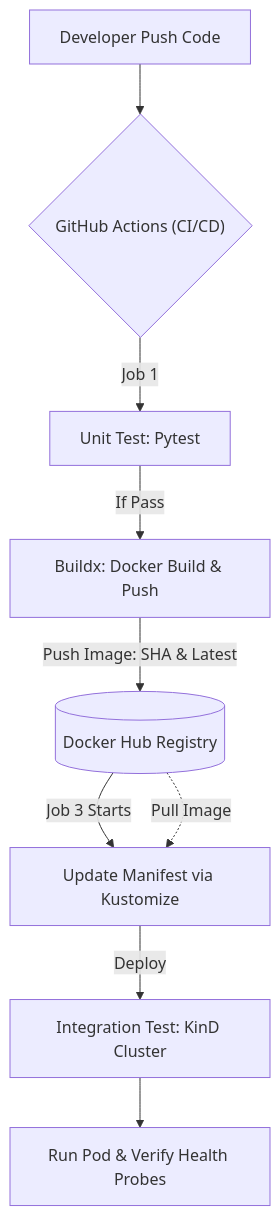
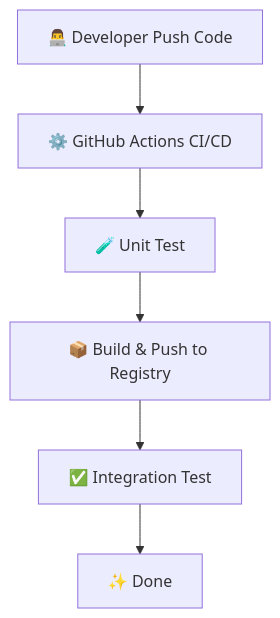
Before and after one commit to seizenz7/devops-flask-ci-cd-kubernetes: the diagram in README.md, drawn with Mermaid.

Commit message:
Enhance flowchart with emoji labels
Updated flowchart diagram with emojis for clarity.

````diff
--- a/README.md
+++ b/README.md
@@ -23,13 +23,8 @@
 ```mermaid
 flowchart TD
-    A[Developer Push Code] --> B{"GitHub Actions (CI/CD)"}
-    B -->|Job 1| C[Unit Test: Pytest]
-    C -->|If Pass| D[Buildx: Docker Build & Push]
-    
-    D -->|Push Image: SHA & Latest| H[(Docker Hub Registry)]
-    
-    H -->|Job 3 Starts| E[Update Manifest via Kustomize]
-    E -->|Deploy| F[Integration Test: KinD Cluster]
-    H -.->|Pull Image| E
-    F --> G[Run Pod & Verify Health Probes]
+    A["👨‍💻 Developer Push Code"] --> B["⚙️ GitHub Actions CI/CD"]
+    B --> C["🧪 Unit Test"]
+    C --> D["📦 Build & Push to Registry"]
+    D --> E["✅ Integration Test"]
+    E --> F["✨ Done"]
 ```
````
